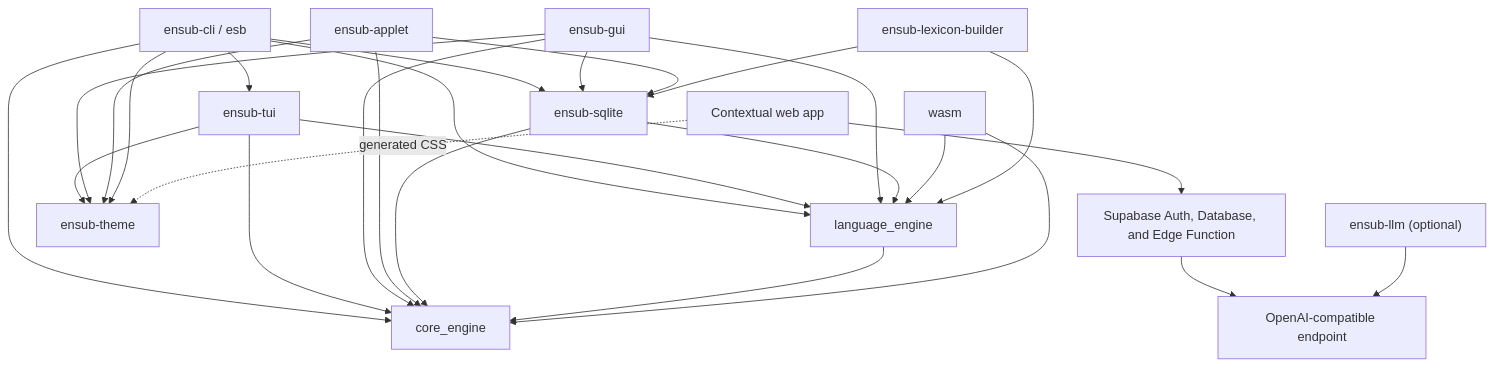
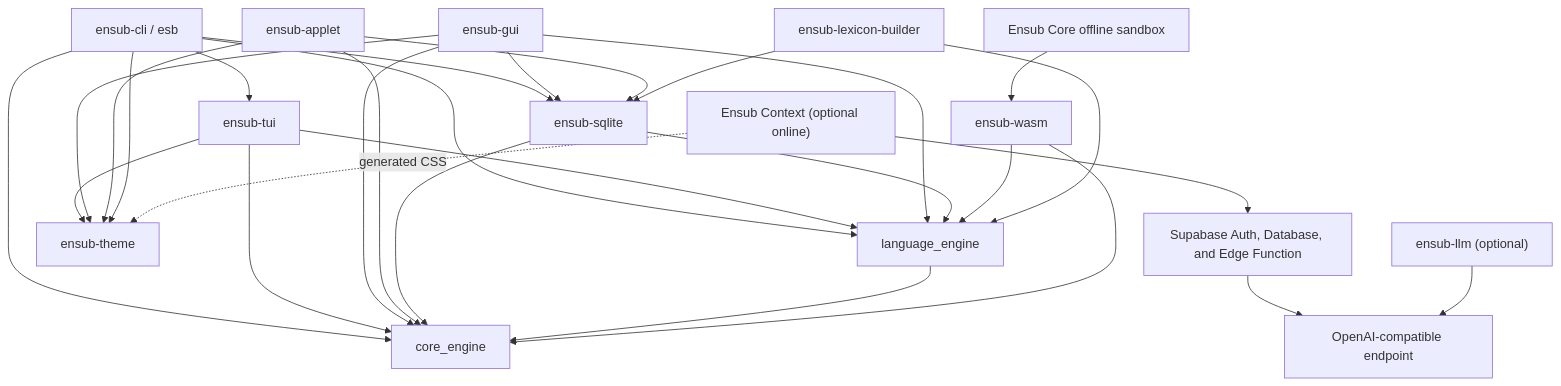
One commit to flasheddy/ensub changed the diagram in docs/architecture.md. Above: the diagram before and after it, drawn with Mermaid. The commit also changed other lines of this file and 52 other files, not shown here.

````diff
--- a/docs/architecture.md
+++ b/docs/architecture.md
@@ -7,37 +7,38 @@
 ```mermaid
 flowchart TB
     cli["ensub-cli / esb"] --> core["core_engine"]
     cli --> language["language_engine"]
     cli --> sqlite["ensub-sqlite"]
     cli --> tui["ensub-tui"]
 
     tui --> core
     tui --> language
     tui --> theme["ensub-theme"]
 
     gui["ensub-gui"] --> core
     gui --> language
     gui --> sqlite
     gui --> theme
 
     applet["ensub-applet"] --> core
     applet --> sqlite
     applet --> theme
 
     cli --> theme
 
     sqlite --> core
     sqlite --> language
     language --> core
 
-    web["Contextual web app"] --> supabase["Supabase Auth, Database, and Edge Function"]
+    sandbox["Ensub Core offline sandbox"] --> wasm["ensub-wasm"]
+    web["Ensub Context (optional online)"] --> supabase["Supabase Auth, Database, and Edge Function"]
     web -. generated CSS .-> theme
     supabase --> provider["OpenAI-compatible endpoint"]
     wasm --> core
     wasm --> language
 
     builder["ensub-lexicon-builder"] --> language
     builder --> sqlite
 
     llm["ensub-llm (optional)"] --> provider["OpenAI-compatible endpoint"]
 ```
````
